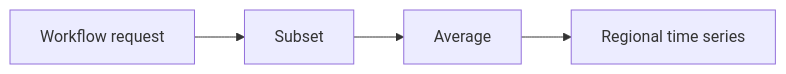
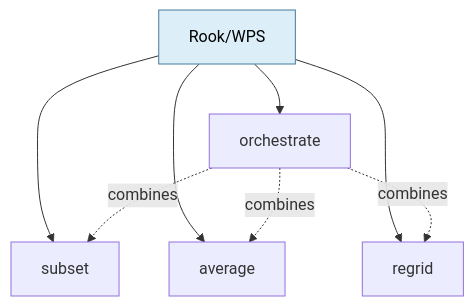
The second of 11 diagrams in Rook_WPS_ESGF2_talk_draft.md (roocs/rook), drawn with Mermaid before and after one commit. The commit also changed other lines of this file, not shown here.

````diff
--- a/Rook_WPS_ESGF2_talk_draft.md
+++ b/Rook_WPS_ESGF2_talk_draft.md
@@ -71,6 +57,13 @@
 ```mermaid
-flowchart LR
-    Request["Workflow request"] --> Subset["Subset"]
-    Subset --> Average["Average"]
-    Average --> Result["Regional time series"]
+flowchart TD
+    Rook["Rook/WPS"] --> Subset["subset"]
+    Rook --> Average["average"]
+    Rook --> Regrid["regrid"]
+    Rook --> Orchestrate["orchestrate"]
+
+    Orchestrate -.->|"combines"| Subset
+    Orchestrate -.->|"combines"| Average
+    Orchestrate -.->|"combines"| Regrid
+
+    style Rook fill:#dceef8,stroke:#457b9d,color:#000
 ```
````
